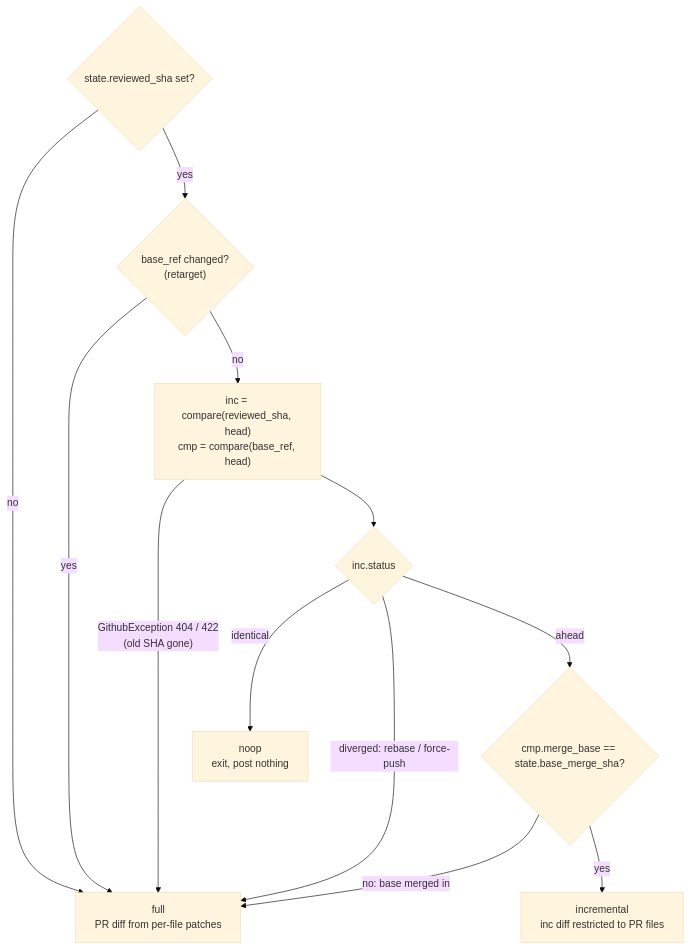
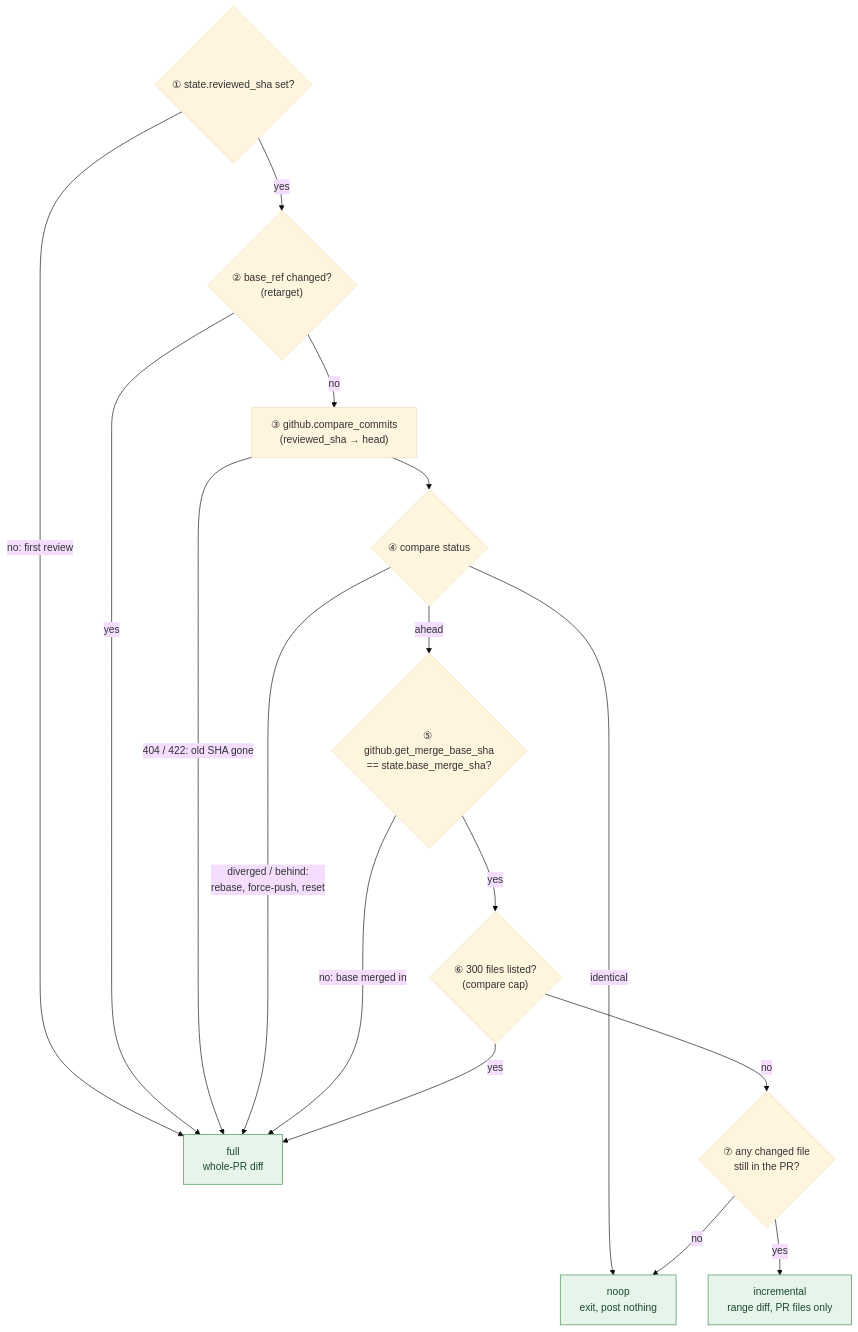
One commit to bryanChatsirichai/github_agentic_pr_reviewer changed the tenth of 14 diagrams in docs/agentic-pr-review-system-design.v1.md. Above: the diagram before and after it, drawn with Mermaid (base theme). The commit also changed other lines of this file and 3 other files, not shown here.

Commit message:
Docs: Update architecture and roadmap

````diff
--- a/docs/agentic-pr-review-system-design.v1.md
+++ b/docs/agentic-pr-review-system-design.v1.md
@@ -715,14 +577,25 @@
 ```mermaid
 flowchart TD
-    S{"state.reviewed_sha set?"} -->|no| FULL["full<br/>PR diff from per-file patches"]
-    S -->|yes| R{"base_ref changed?<br/>(retarget)"}
+    S{"① state.reviewed_sha set?"} -->|"no: first review"| FULL
+    S -->|yes| R{"② base_ref changed?<br/>(retarget)"}
     R -->|yes| FULL
-    R -->|no| C["inc = compare(reviewed_sha, head)<br/>cmp = compare(base_ref, head)"]
-    C -->|"GithubException 404 / 422<br/>(old SHA gone)"| FULL
-    C --> ST{inc.status}
-    ST -->|identical| NOOP["noop<br/>exit, post nothing"]
-    ST -->|diverged: rebase / force-push| FULL
-    ST -->|ahead| MB{"cmp.merge_base == state.base_merge_sha?"}
+    R -->|no| C["③ github.compare_commits<br/>(reviewed_sha → head)"]
+    C -->|"404 / 422: old SHA gone"| FULL
+    C --> ST{"④ compare status"}
+    ST -->|identical| NOOP
+    ST -->|"diverged / behind:<br/>rebase, force-push, reset"| FULL
+    ST -->|ahead| MB{"⑤ github.get_merge_base_sha<br/>== state.base_merge_sha?"}
     MB -->|"no: base merged in"| FULL
-    MB -->|yes| INC["incremental<br/>inc diff restricted to PR files"]
+    MB -->|yes| CAP{"⑥ 300 files listed?<br/>(compare cap)"}
+    CAP -->|yes| FULL
+    CAP -->|no| PF{"⑦ any changed file<br/>still in the PR?"}
+    PF -->|no| NOOP
+    PF -->|yes| INC
+
+    FULL["full<br/>whole-PR diff"]
+    INC["incremental<br/>range diff, PR files only"]
+    NOOP["noop<br/>exit, post nothing"]
+
+    classDef outcome fill:#e6f4ea,stroke:#3c8d4f,color:#1d4d2a
+    class FULL,INC,NOOP outcome
 ```
````
